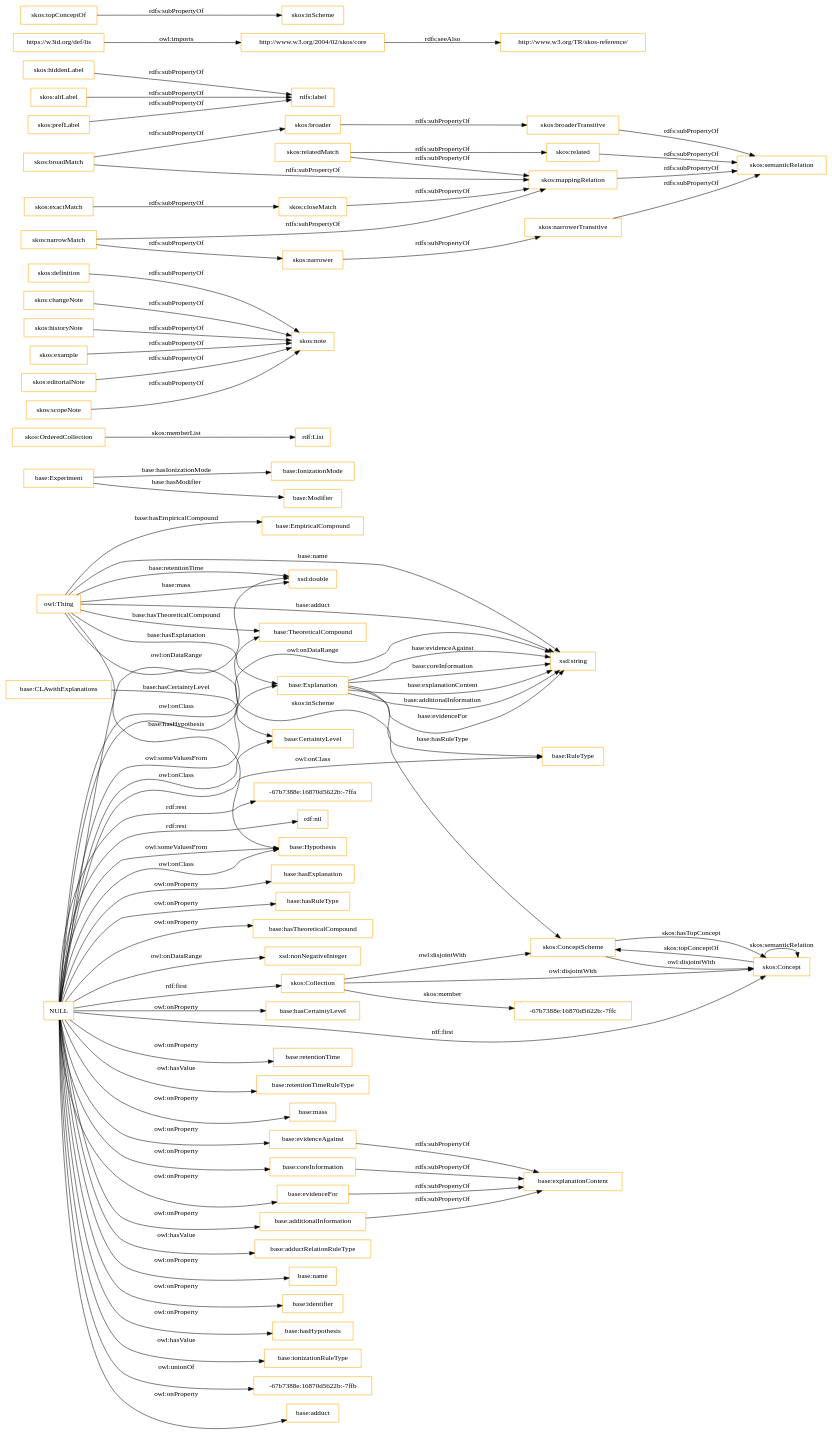
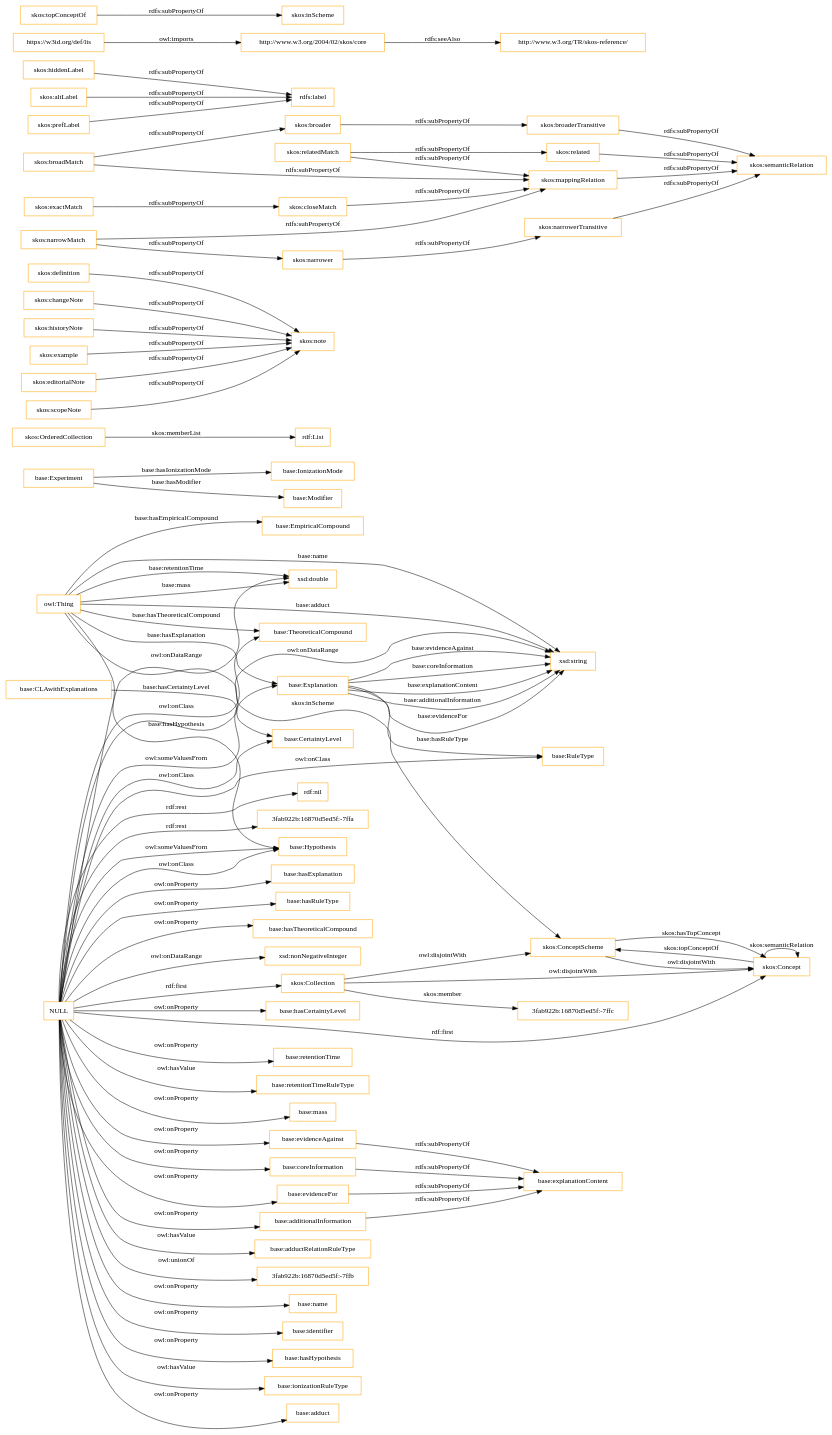
One commit to marianofl1971/lis changed the diagram in OnToology/lis.owl/diagrams/ar2dtool-class/lis.owl.png.dot. Above: the diagram before and after it, drawn with Graphviz. The commit also changed 2 other files, not shown here.

```diff
--- a/OnToology/lis.owl/diagrams/ar2dtool-class/lis.owl.png.dot
+++ b/OnToology/lis.owl/diagrams/ar2dtool-class/lis.owl.png.dot
@@ -1,93 +1,93 @@
 digraph ar2dtool_diagram { 
 rankdir=LR;
 size="1501"
-node [shape = rectangle, color="orange"]; "base:TheoreticalCompound" "base:CLAwithExplanations" "base:Hypothesis" "base:RuleType" "base:Explanation" "base:IonizationMode" "base:Modifier" "base:Experiment" "base:CertaintyLevel" "base:EmpiricalCompound" "-67b7388e:16870d5622b:-7ffc" "skos:OrderedCollection" "skos:Collection" "skos:ConceptScheme" "skos:Concept" ; /*classes style*/
+node [shape = rectangle, color="orange"]; "base:TheoreticalCompound" "base:CLAwithExplanations" "base:Hypothesis" "base:RuleType" "base:Explanation" "base:IonizationMode" "base:Modifier" "base:Experiment" "base:CertaintyLevel" "base:EmpiricalCompound" "3fab922b:16870d5ed5f:-7ffc" "skos:OrderedCollection" "skos:Collection" "skos:ConceptScheme" "skos:Concept" ; /*classes style*/
 	"skos:definition" -> "skos:note" [ label = "rdfs:subPropertyOf" ];
 	"skos:relatedMatch" -> "skos:related" [ label = "rdfs:subPropertyOf" ];
 	"skos:relatedMatch" -> "skos:mappingRelation" [ label = "rdfs:subPropertyOf" ];
 	"base:additionalInformation" -> "base:explanationContent" [ label = "rdfs:subPropertyOf" ];
 	"skos:changeNote" -> "skos:note" [ label = "rdfs:subPropertyOf" ];
 	"skos:hiddenLabel" -> "rdfs:label" [ label = "rdfs:subPropertyOf" ];
 	"skos:related" -> "skos:semanticRelation" [ label = "rdfs:subPropertyOf" ];
 	"skos:ConceptScheme" -> "skos:Concept" [ label = "owl:disjointWith" ];
 	"base:evidenceAgainst" -> "base:explanationContent" [ label = "rdfs:subPropertyOf" ];
 	"skos:altLabel" -> "rdfs:label" [ label = "rdfs:subPropertyOf" ];
 	"https://w3id.org/def/lis" -> "http://www.w3.org/2004/02/skos/core" [ label = "owl:imports" ];
 	"skos:narrower" -> "skos:narrowerTransitive" [ label = "rdfs:subPropertyOf" ];
 	"skos:broaderTransitive" -> "skos:semanticRelation" [ label = "rdfs:subPropertyOf" ];
 	"skos:broader" -> "skos:broaderTransitive" [ label = "rdfs:subPropertyOf" ];
 	"skos:historyNote" -> "skos:note" [ label = "rdfs:subPropertyOf" ];
 	"skos:broadMatch" -> "skos:broader" [ label = "rdfs:subPropertyOf" ];
 	"skos:broadMatch" -> "skos:mappingRelation" [ label = "rdfs:subPropertyOf" ];
 	"http://www.w3.org/2004/02/skos/core" -> "http://www.w3.org/TR/skos-reference/" [ label = "rdfs:seeAlso" ];
 	"base:coreInformation" -> "base:explanationContent" [ label = "rdfs:subPropertyOf" ];
 	"skos:narrowerTransitive" -> "skos:semanticRelation" [ label = "rdfs:subPropertyOf" ];
 	"NULL" -> "base:adductRelationRuleType" [ label = "owl:hasValue" ];
+	"NULL" -> "3fab922b:16870d5ed5f:-7ffb" [ label = "owl:unionOf" ];
 	"NULL" -> "base:name" [ label = "owl:onProperty" ];
 	"NULL" -> "base:coreInformation" [ label = "owl:onProperty" ];
 	"NULL" -> "base:identifier" [ label = "owl:onProperty" ];
 	"NULL" -> "base:hasHypothesis" [ label = "owl:onProperty" ];
+	"NULL" -> "base:evidenceFor" [ label = "owl:onProperty" ];
 	"NULL" -> "base:ionizationRuleType" [ label = "owl:hasValue" ];
 	"NULL" -> "xsd:double" [ label = "owl:onDataRange" ];
-	"NULL" -> "base:evidenceFor" [ label = "owl:onProperty" ];
 	"NULL" -> "base:Hypothesis" [ label = "owl:onClass" ];
-	"NULL" -> "-67b7388e:16870d5622b:-7ffb" [ label = "owl:unionOf" ];
+	"NULL" -> "base:adduct" [ label = "owl:onProperty" ];
 	"NULL" -> "base:TheoreticalCompound" [ label = "owl:onClass" ];
-	"NULL" -> "base:adduct" [ label = "owl:onProperty" ];
 	"NULL" -> "skos:Concept" [ label = "rdf:first" ];
-	"NULL" -> "-67b7388e:16870d5622b:-7ffa" [ label = "rdf:rest" ];
 	"NULL" -> "base:evidenceAgainst" [ label = "owl:onProperty" ];
 	"NULL" -> "rdf:nil" [ label = "rdf:rest" ];
+	"NULL" -> "3fab922b:16870d5ed5f:-7ffa" [ label = "rdf:rest" ];
 	"NULL" -> "base:hasExplanation" [ label = "owl:onProperty" ];
 	"NULL" -> "base:hasRuleType" [ label = "owl:onProperty" ];
 	"NULL" -> "xsd:string" [ label = "owl:onDataRange" ];
 	"NULL" -> "base:hasTheoreticalCompound" [ label = "owl:onProperty" ];
 	"NULL" -> "xsd:nonNegativeInteger" [ label = "owl:onDataRange" ];
 	"NULL" -> "base:RuleType" [ label = "owl:onClass" ];
+	"NULL" -> "base:Hypothesis" [ label = "owl:someValuesFrom" ];
 	"NULL" -> "base:hasCertaintyLevel" [ label = "owl:onProperty" ];
-	"NULL" -> "base:Hypothesis" [ label = "owl:someValuesFrom" ];
 	"NULL" -> "base:CertaintyLevel" [ label = "owl:onClass" ];
 	"NULL" -> "base:retentionTime" [ label = "owl:onProperty" ];
 	"NULL" -> "base:additionalInformation" [ label = "owl:onProperty" ];
 	"NULL" -> "base:retentionTimeRuleType" [ label = "owl:hasValue" ];
 	"NULL" -> "skos:Collection" [ label = "rdf:first" ];
+	"NULL" -> "base:Explanation" [ label = "owl:someValuesFrom" ];
 	"NULL" -> "base:mass" [ label = "owl:onProperty" ];
-	"NULL" -> "base:Explanation" [ label = "owl:someValuesFrom" ];
 	"skos:prefLabel" -> "rdfs:label" [ label = "rdfs:subPropertyOf" ];
 	"base:evidenceFor" -> "base:explanationContent" [ label = "rdfs:subPropertyOf" ];
 	"skos:narrowMatch" -> "skos:narrower" [ label = "rdfs:subPropertyOf" ];
 	"skos:narrowMatch" -> "skos:mappingRelation" [ label = "rdfs:subPropertyOf" ];
 	"skos:example" -> "skos:note" [ label = "rdfs:subPropertyOf" ];
 	"skos:mappingRelation" -> "skos:semanticRelation" [ label = "rdfs:subPropertyOf" ];
 	"skos:Collection" -> "skos:ConceptScheme" [ label = "owl:disjointWith" ];
 	"skos:Collection" -> "skos:Concept" [ label = "owl:disjointWith" ];
 	"skos:topConceptOf" -> "skos:inScheme" [ label = "rdfs:subPropertyOf" ];
 	"skos:exactMatch" -> "skos:closeMatch" [ label = "rdfs:subPropertyOf" ];
 	"skos:editorialNote" -> "skos:note" [ label = "rdfs:subPropertyOf" ];
 	"skos:closeMatch" -> "skos:mappingRelation" [ label = "rdfs:subPropertyOf" ];
 	"skos:scopeNote" -> "skos:note" [ label = "rdfs:subPropertyOf" ];
 	"base:Experiment" -> "base:Modifier" [ label = "base:hasModifier" ];
 	"base:Experiment" -> "base:IonizationMode" [ label = "base:hasIonizationMode" ];
 	"base:Explanation" -> "xsd:string" [ label = "base:coreInformation" ];
 	"skos:Concept" -> "skos:ConceptScheme" [ label = "skos:topConceptOf" ];
 	"owl:Thing" -> "xsd:double" [ label = "base:retentionTime" ];
 	"owl:Thing" -> "base:EmpiricalCompound" [ label = "base:hasEmpiricalCompound" ];
 	"base:Explanation" -> "xsd:string" [ label = "base:explanationContent" ];
 	"owl:Thing" -> "base:TheoreticalCompound" [ label = "base:hasTheoreticalCompound" ];
-	"skos:Collection" -> "-67b7388e:16870d5622b:-7ffc" [ label = "skos:member" ];
+	"skos:Collection" -> "3fab922b:16870d5ed5f:-7ffc" [ label = "skos:member" ];
 	"owl:Thing" -> "xsd:string" [ label = "base:adduct" ];
 	"base:CLAwithExplanations" -> "base:CertaintyLevel" [ label = "base:hasCertaintyLevel" ];
 	"owl:Thing" -> "base:Explanation" [ label = "base:hasExplanation" ];
 	"base:Explanation" -> "xsd:string" [ label = "base:additionalInformation" ];
 	"skos:ConceptScheme" -> "skos:Concept" [ label = "skos:hasTopConcept" ];
 	"owl:Thing" -> "skos:ConceptScheme" [ label = "skos:inScheme" ];
 	"base:Explanation" -> "xsd:string" [ label = "base:evidenceFor" ];
 	"base:Explanation" -> "base:RuleType" [ label = "base:hasRuleType" ];
 	"skos:OrderedCollection" -> "rdf:List" [ label = "skos:memberList" ];
 	"owl:Thing" -> "base:Hypothesis" [ label = "base:hasHypothesis" ];
 	"skos:Concept" -> "skos:Concept" [ label = "skos:semanticRelation" ];
 	"owl:Thing" -> "xsd:double" [ label = "base:mass" ];
 	"base:Explanation" -> "xsd:string" [ label = "base:evidenceAgainst" ];
 	"owl:Thing" -> "xsd:string" [ label = "base:name" ];
 
 }
```
